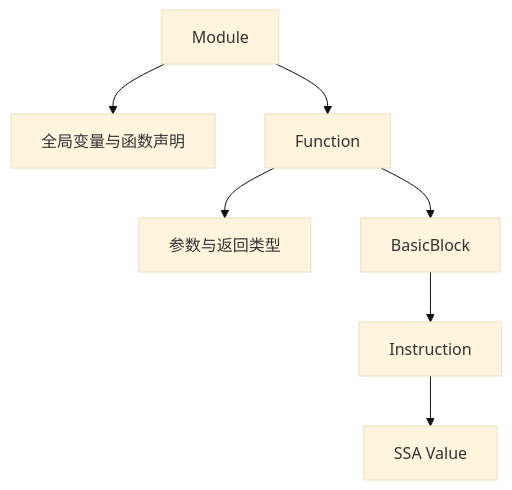
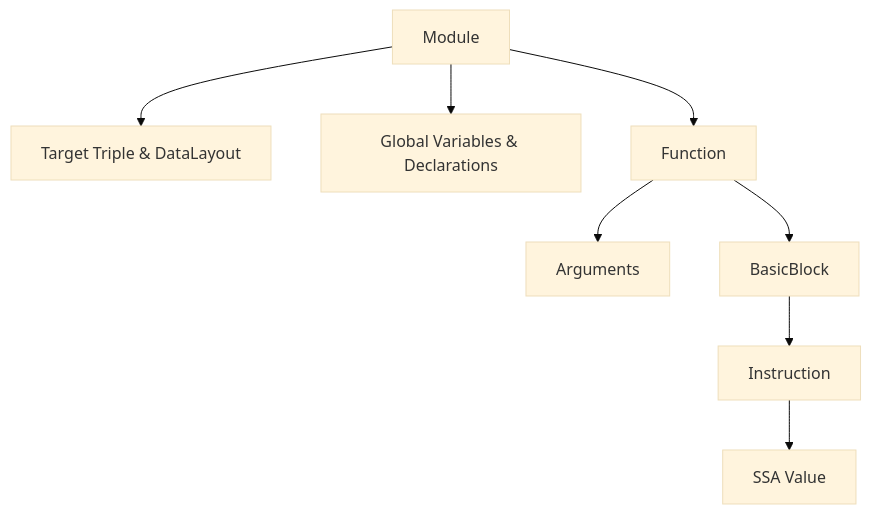
One commit to lightsmilew/compiler-principles changed the first of 4 diagrams in docs/reference/llvm-mlir.md. Above: the diagram before and after it, drawn with Mermaid (base theme). The commit also changed other lines of this file and 15 other files, not shown here.

````diff
--- a/docs/reference/llvm-mlir.md
+++ b/docs/reference/llvm-mlir.md
@@ -16,9 +22,10 @@
 ```mermaid
 flowchart TD
-  M[Module] --> G[全局变量与函数声明]
+  M[Module] --> T[Target Triple & DataLayout]
+  M --> G[Global Variables & Declarations]
   M --> F[Function]
-  F --> P[参数与返回类型]
+  F --> A[Arguments]
   F --> B[BasicBlock]
   B --> I[Instruction]
   I --> V[SSA Value]
 ```
````
